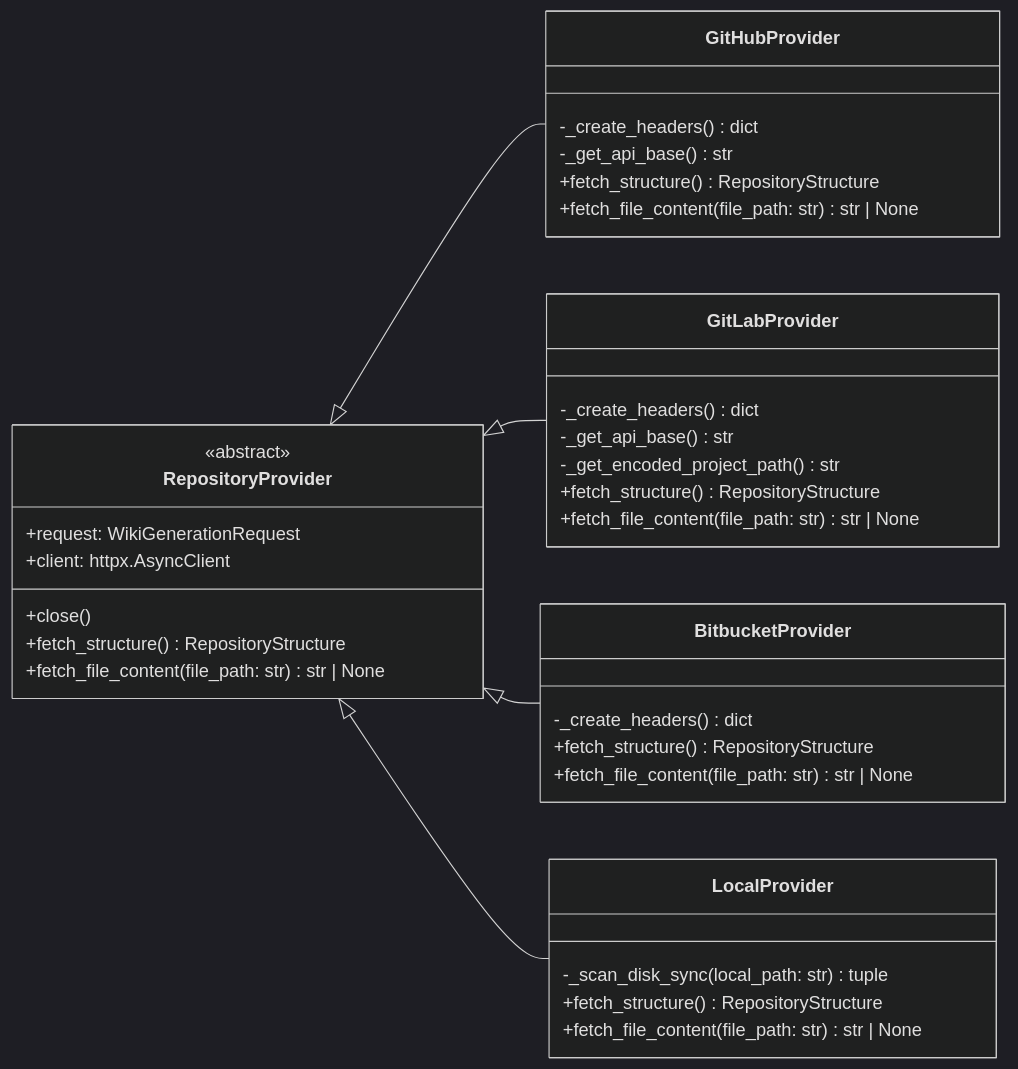
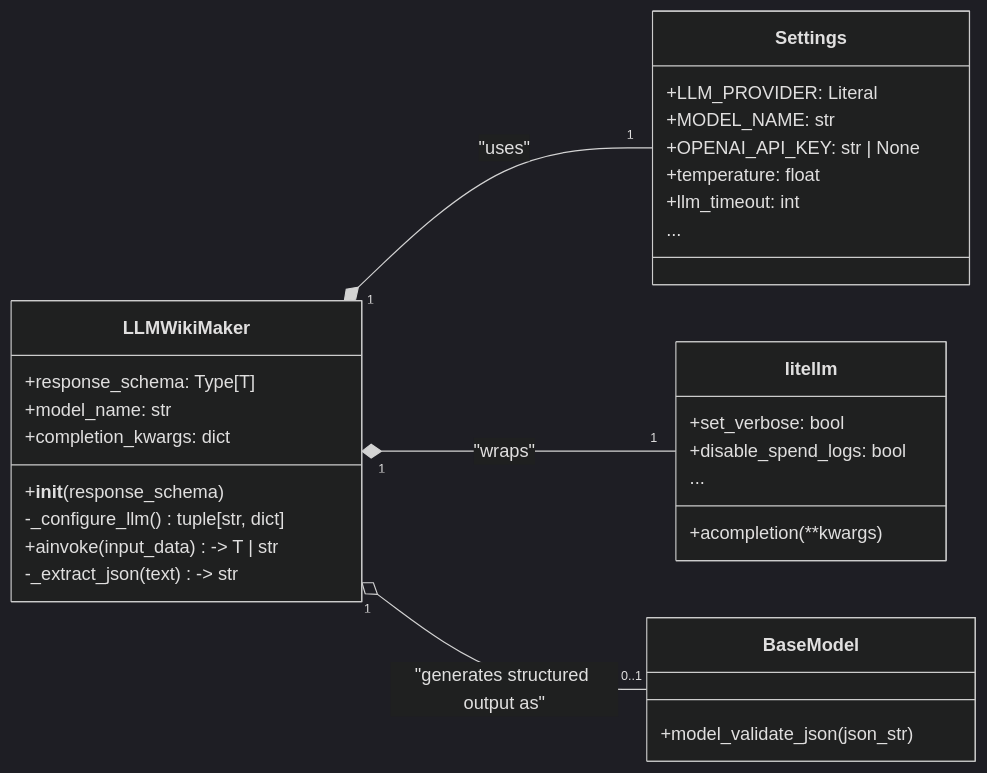
The tenth of 24 diagrams in examples/wiki_as_README.md (catuscio/wiki-as-readme), drawn with Mermaid (dark theme) before and after one commit. The commit also changed other lines of this file, not shown here.

````diff
--- a/examples/wiki_as_README.md
+++ b/examples/wiki_as_README.md
@@ -427,40 +1487,34 @@
 ```mermaid
 classDiagram
     direction LR
-    class RepositoryProvider {
-        <<abstract>>
-        +request: WikiGenerationRequest
-        +client: httpx.AsyncClient
-        +close()
-        +fetch_structure() RepositoryStructure
-        +fetch_file_content(file_path: str) str | None
+    class LLMWikiMaker {
+        +response_schema: Type[T]
+        +model_name: str
+        +completion_kwargs: dict
+        +__init__(response_schema)
+        -_configure_llm() tuple[str, dict]
+        +ainvoke(input_data) -> T | str
+        -_extract_json(text) -> str
     }
-    class GitHubProvider {
-        -_create_headers() dict
-        -_get_api_base() str
-        +fetch_structure() RepositoryStructure
-        +fetch_file_content(file_path: str) str | None
+    class Settings {
+        +LLM_PROVIDER: Literal
+        +MODEL_NAME: str
+        +OPENAI_API_KEY: str | None
+        +temperature: float
+        +llm_timeout: int
+        ...
     }
-    class GitLabProvider {
-        -_create_headers() dict
-        -_get_api_base() str
-        -_get_encoded_project_path() str
-        +fetch_structure() RepositoryStructure
-        +fetch_file_content(file_path: str) str | None
+    class litellm {
+        +acompletion(**kwargs)
+        +set_verbose: bool
+        +disable_spend_logs: bool
+        ...
     }
-    class BitbucketProvider {
-        -_create_headers() dict
-        +fetch_structure() RepositoryStructure
-        +fetch_file_content(file_path: str) str | None
-    }
-    class LocalProvider {
-        -_scan_disk_sync(local_path: str) tuple
-        +fetch_structure() RepositoryStructure
-        +fetch_file_content(file_path: str) str | None
+    class BaseModel {
+        +model_validate_json(json_str)
     }
 
-    RepositoryProvider <|-- GitHubProvider
-    RepositoryProvider <|-- GitLabProvider
-    RepositoryProvider <|-- BitbucketProvider
-    RepositoryProvider <|-- LocalProvider
+    LLMWikiMaker "1" *-- "1" Settings : "uses"
+    LLMWikiMaker "1" *-- "1" litellm : "wraps"
+    LLMWikiMaker "1" o-- "0..1" BaseModel : "generates structured output as"
 ```
````
